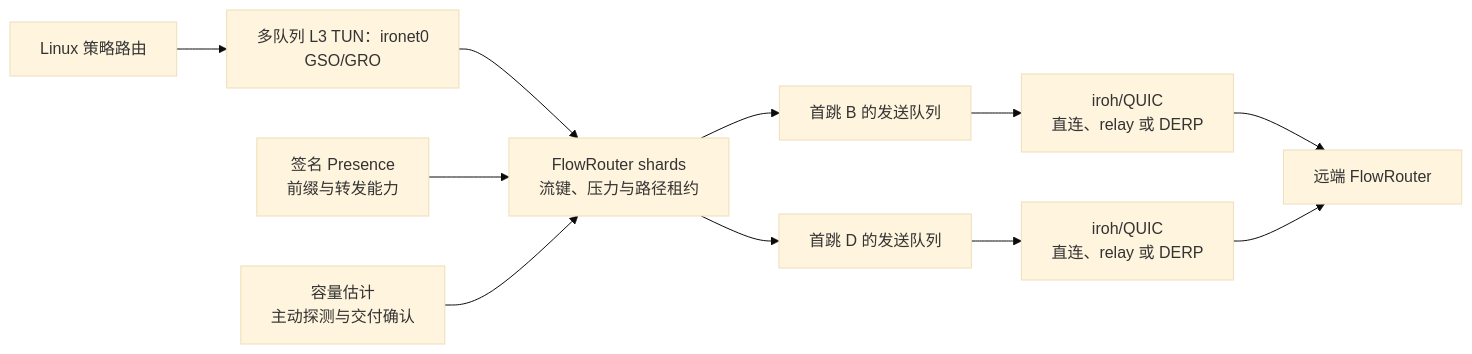
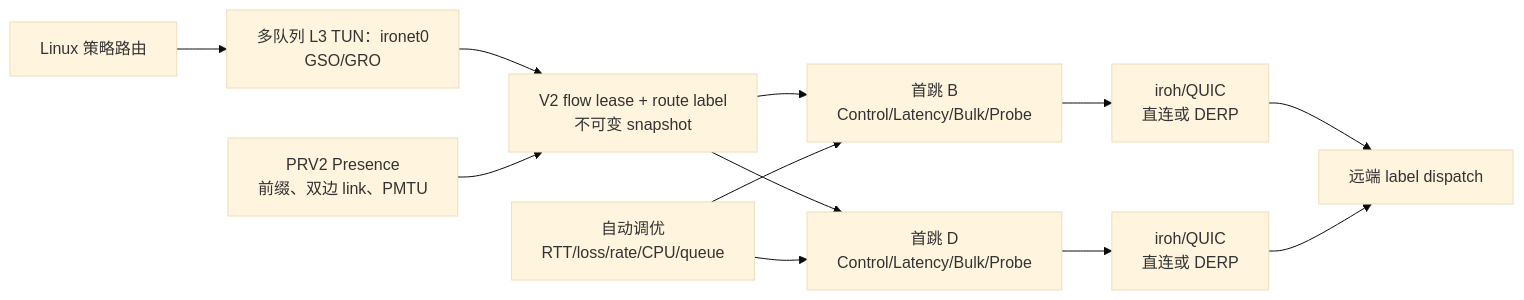
The diagram in README.md (p3psi-boo/iroh-sdwan), drawn with Mermaid (base theme) before and after one commit. The commit also changed other lines of this file and 433 other files, not shown here.

````diff
--- a/README.md
+++ b/README.md
@@ -23,13 +22,14 @@
 ```mermaid
 flowchart LR
     R["Linux 策略路由"] --> T["多队列 L3 TUN：ironet0\nGSO/GRO"]
-    T --> F["FlowRouter shards\n流键、压力与路径租约"]
-    F --> B["首跳 B 的发送队列"]
-    F --> D["首跳 D 的发送队列"]
-    B --> U1["iroh/QUIC\n直连、relay 或 DERP"]
-    D --> U2["iroh/QUIC\n直连、relay 或 DERP"]
-    U1 --> P["远端 FlowRouter"]
+    T --> F["V2 flow lease + route label\n不可变 snapshot"]
+    F --> B["首跳 B\nControl/Latency/Bulk/Probe"]
+    F --> D["首跳 D\nControl/Latency/Bulk/Probe"]
+    B --> U1["iroh/QUIC\n直连或 DERP"]
+    D --> U2["iroh/QUIC\n直连或 DERP"]
+    U1 --> P["远端 label dispatch"]
     U2 --> P
-    M["签名 Presence\n前缀与转发能力"] --> F
-    C["容量估计\n主动探测与交付确认"] --> F
+    M["PRV2 Presence\n前缀、双边 link、PMTU"] --> F
+    C["自动调优\nRTT/loss/rate/CPU/queue"] --> B
+    C --> D
 ```
````
